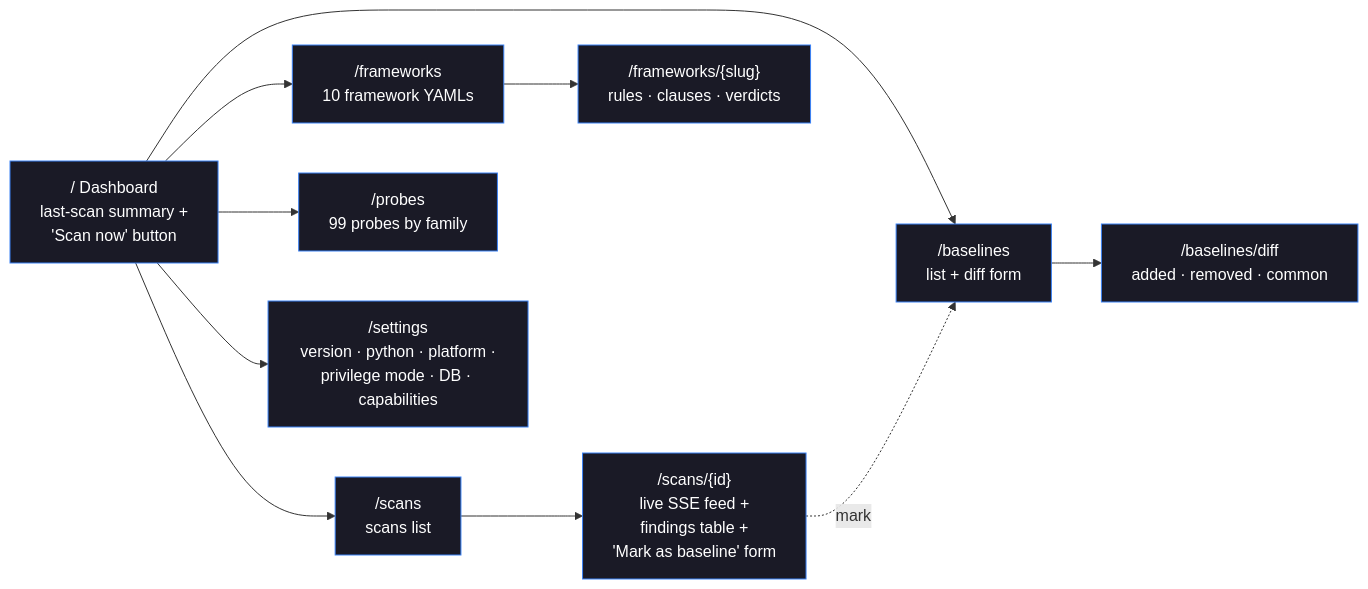
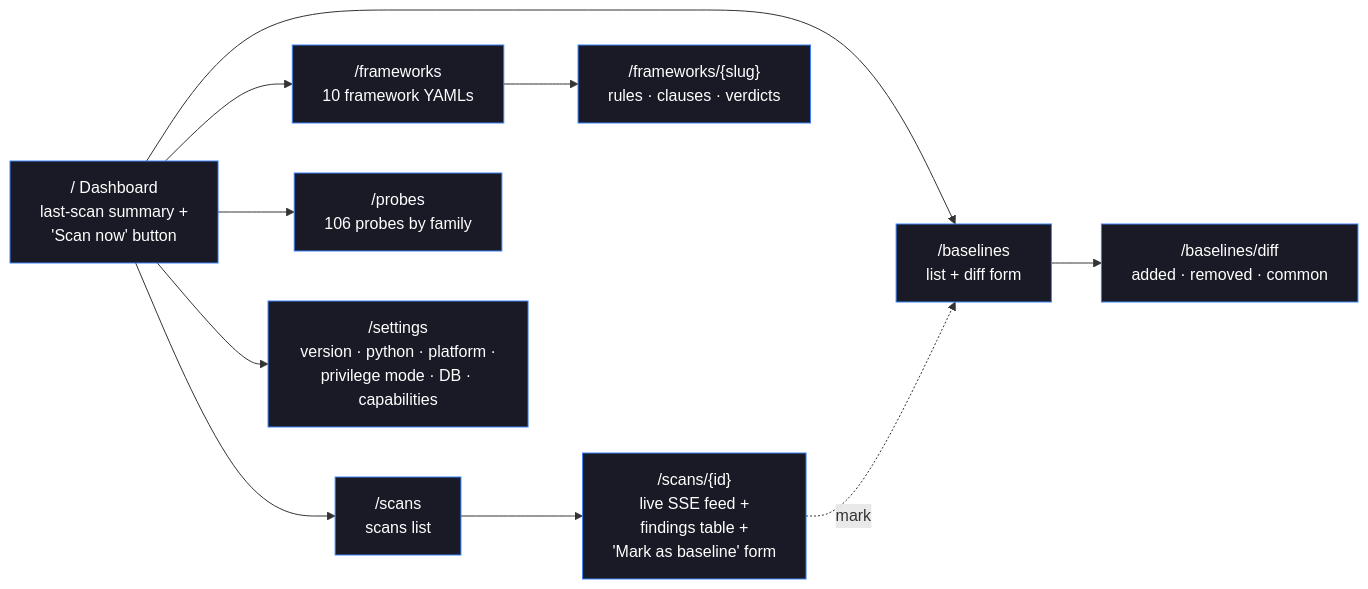
The fourth of 8 diagrams in README.md (orengacademy/pqc-scanner2), drawn with Mermaid before and after one commit. The commit also changed other lines of this file and 1 other file, not shown here.

````diff
--- a/README.md
+++ b/README.md
@@ -225,22 +225,22 @@
 ```mermaid
 flowchart LR
     HOME["/  Dashboard<br/>last-scan summary +<br/>'Scan now' button"]
     SCANS["/scans<br/>scans list"]
     DETAIL["/scans/{id}<br/>live SSE feed +<br/>findings table +<br/>'Mark as baseline' form"]
     FRAMEWORKS["/frameworks<br/>10 framework YAMLs"]
     FW_DET["/frameworks/{slug}<br/>rules · clauses · verdicts"]
-    PROBES["/probes<br/>99 probes by family"]
+    PROBES["/probes<br/>106 probes by family"]
     BASELINES["/baselines<br/>list + diff form"]
     DIFF["/baselines/diff<br/>added · removed · common"]
     SETTINGS["/settings<br/>version · python · platform ·<br/>privilege mode · DB · capabilities"]
 
     HOME --> SCANS --> DETAIL
     HOME --> FRAMEWORKS --> FW_DET
     HOME --> PROBES
     HOME --> BASELINES --> DIFF
     DETAIL -.mark.-> BASELINES
     HOME --> SETTINGS
 
     classDef page fill:#1a1a26,color:#fff,stroke:#3b82f6
     class HOME,SCANS,DETAIL,FRAMEWORKS,FW_DET,PROBES,BASELINES,DIFF,SETTINGS page
 ```
````
